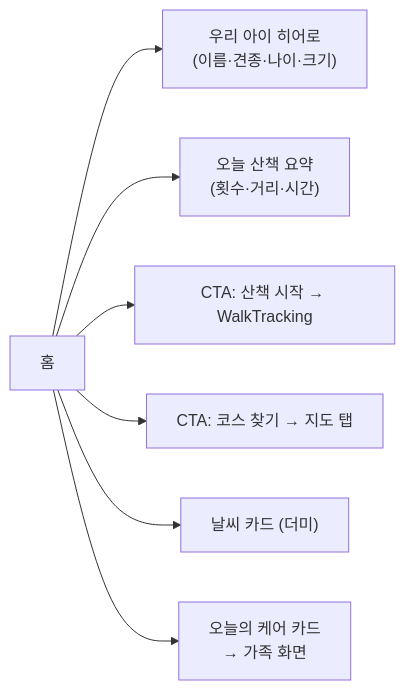
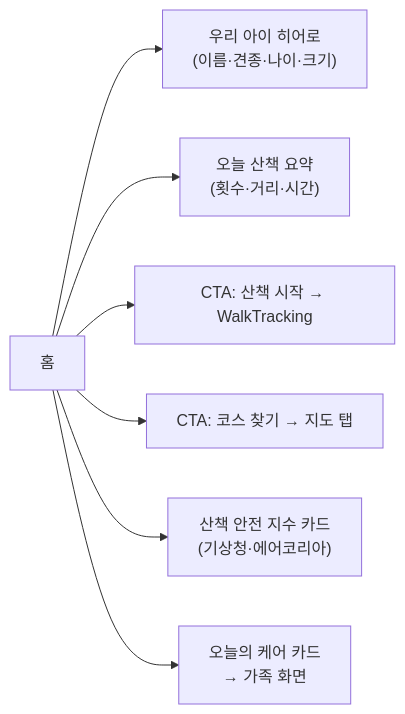
One commit to sanghyunbang/pawloop changed the third of 8 diagrams in docs/01-design/information-architecture.md. Above: the diagram before and after it, drawn with Mermaid. The commit also changed other lines of this file and 10 other files, not shown here.

````diff
--- a/docs/01-design/information-architecture.md
+++ b/docs/01-design/information-architecture.md
@@ -119,9 +119,9 @@
 ```mermaid
 graph LR
     H["홈"] --> H1["우리 아이 히어로<br/>(이름·견종·나이·크기)"]
     H --> H2["오늘 산책 요약<br/>(횟수·거리·시간)"]
     H --> H3["CTA: 산책 시작 → WalkTracking"]
     H --> H4["CTA: 코스 찾기 → 지도 탭"]
-    H --> H5["날씨 카드 (더미)"]
+    H --> H5["산책 안전 지수 카드<br/>(기상청·에어코리아)"]
     H --> H6["오늘의 케어 카드<br/>→ 가족 화면"]
 ```
````
